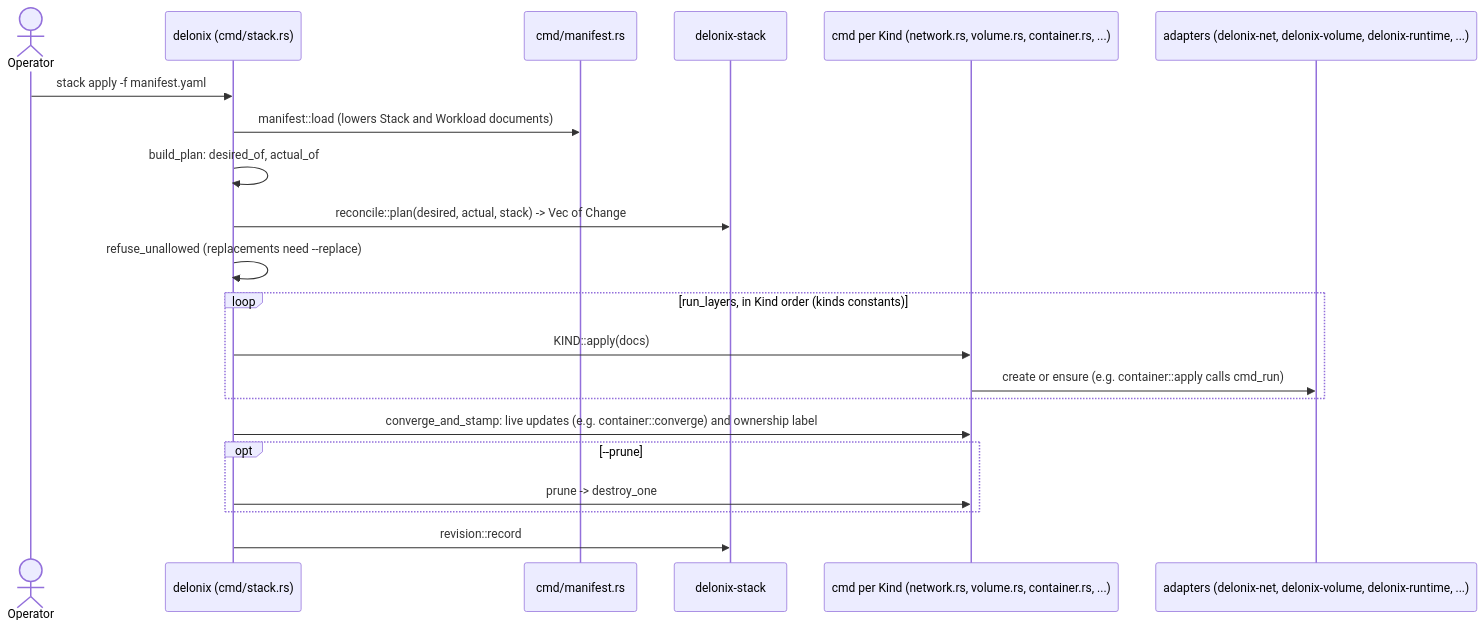
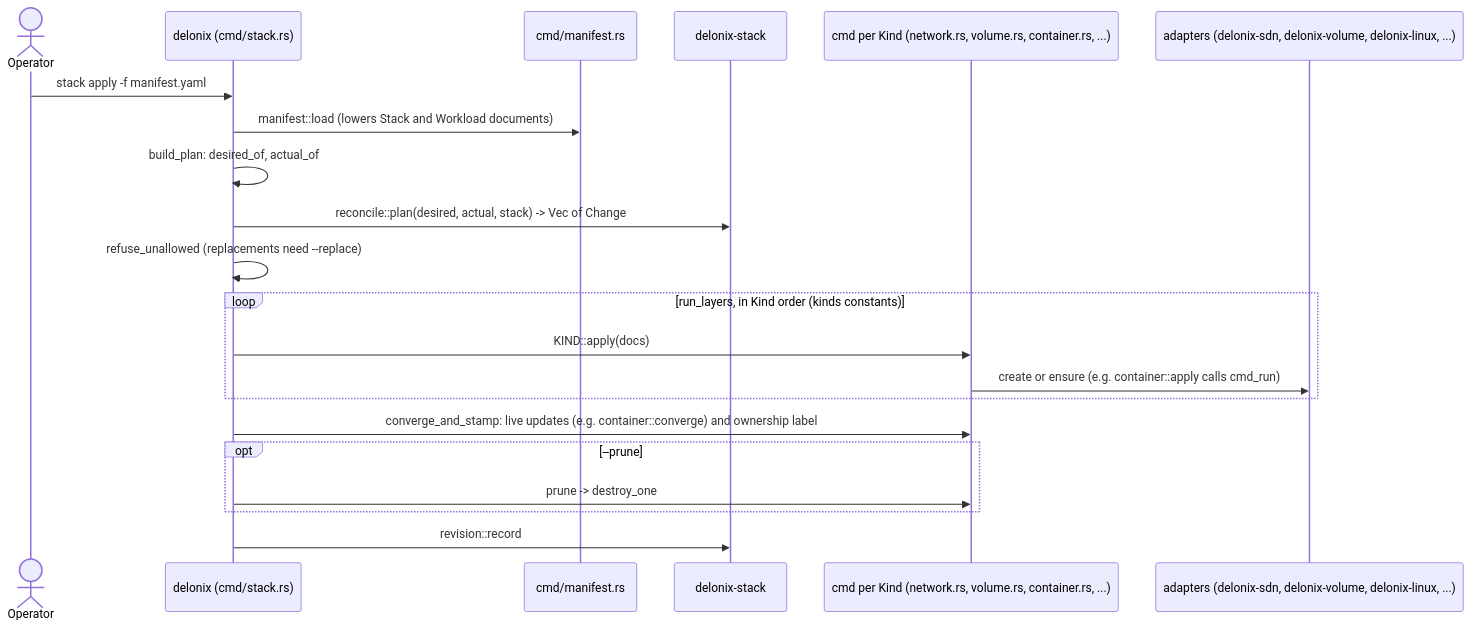
Before and after one commit to angolardevops/delonix-runtime: the second of 3 diagrams in docs/dev/06-crates.md, drawn with Mermaid. The commit also changed other lines of this file and 7 other files, not shown here.

````diff
--- a/docs/dev/06-crates.md
+++ b/docs/dev/06-crates.md
@@ -1089,23 +1093,23 @@
 ```mermaid
 sequenceDiagram
   actor Op as Operator
   participant Stk as delonix (cmd/stack.rs)
   participant Man as cmd/manifest.rs
   participant Rec as delonix-stack
   participant Kind as cmd per Kind (network.rs, volume.rs, container.rs, ...)
-  participant Eng as adapters (delonix-net, delonix-volume, delonix-runtime, ...)
+  participant Eng as adapters (delonix-sdn, delonix-volume, delonix-linux, ...)
   Op->>Stk: stack apply -f manifest.yaml
   Stk->>Man: manifest::load (lowers Stack and Workload documents)
   Stk->>Stk: build_plan: desired_of, actual_of
   Stk->>Rec: reconcile::plan(desired, actual, stack) -> Vec of Change
   Stk->>Stk: refuse_unallowed (replacements need --replace)
   loop run_layers, in Kind order (kinds constants)
     Stk->>Kind: KIND::apply(docs)
     Kind->>Eng: create or ensure (e.g. container::apply calls cmd_run)
   end
   Stk->>Kind: converge_and_stamp: live updates (e.g. container::converge) and ownership label
   opt --prune
     Stk->>Kind: prune -> destroy_one
   end
   Stk->>Rec: revision::record
 ```
````
